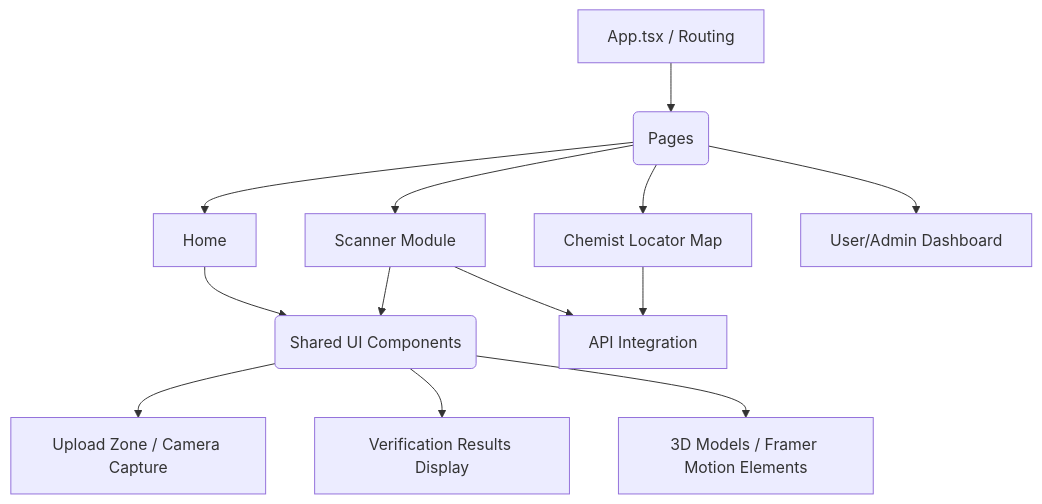
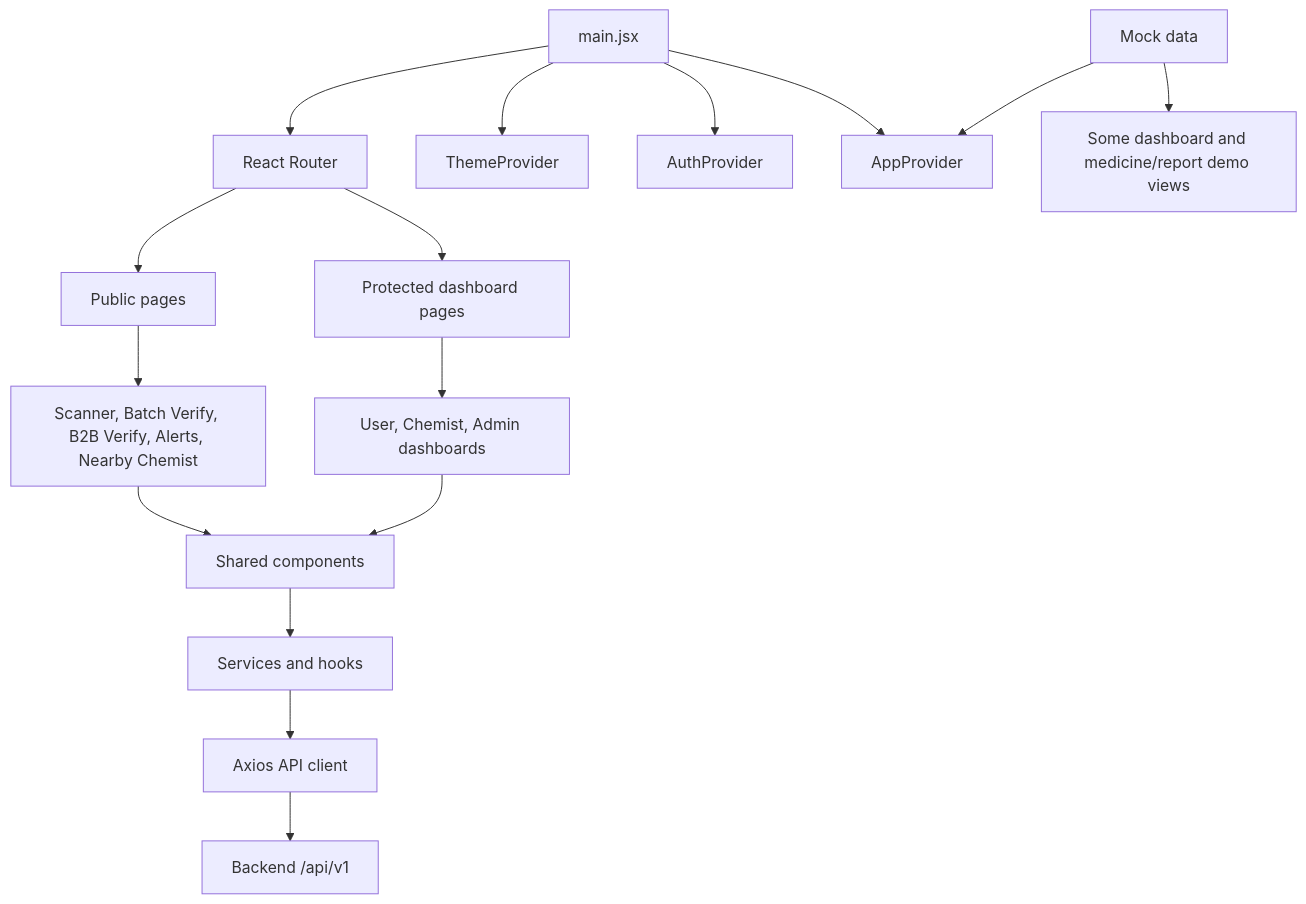
Before and after one commit to qwertyuii7/MEDIGUARD_FINAL: the diagram in Frontend/README.md, drawn with Mermaid. The commit also changed other lines of this file and 4 other files, not shown here.

````diff
--- a/Frontend/README.md
+++ b/Frontend/README.md
@@ -7,18 +7,21 @@
 ```mermaid
-graph TD
-    A[App.tsx / Routing] --> B(Pages)
-    B --> C[Home]
-    B --> D[Scanner Module]
-    B --> E[Chemist Locator Map]
-    B --> F[User/Admin Dashboard]
-    
-    C --> G(Shared UI Components)
-    D --> G
-    
-    G --> H[Upload Zone / Camera Capture]
-    G --> I[Verification Results Display]
-    G --> J[3D Models / Framer Motion Elements]
-    
-    D --> K[API Integration]
-    E --> K
+flowchart TD
+    A[main.jsx] --> B[React Router]
+    A --> C[ThemeProvider]
+    A --> D[AuthProvider]
+    A --> E[AppProvider]
+
+    B --> F[Public pages]
+    B --> G[Protected dashboard pages]
+    F --> H[Scanner, Batch Verify, B2B Verify, Alerts, Nearby Chemist]
+    G --> I[User, Chemist, Admin dashboards]
+
+    H --> J[Shared components]
+    I --> J
+    J --> K[Services and hooks]
+    K --> L[Axios API client]
+    L --> M[Backend /api/v1]
+
+    N[Mock data] --> E
+    N --> O[Some dashboard and medicine/report demo views]
 ```
````
